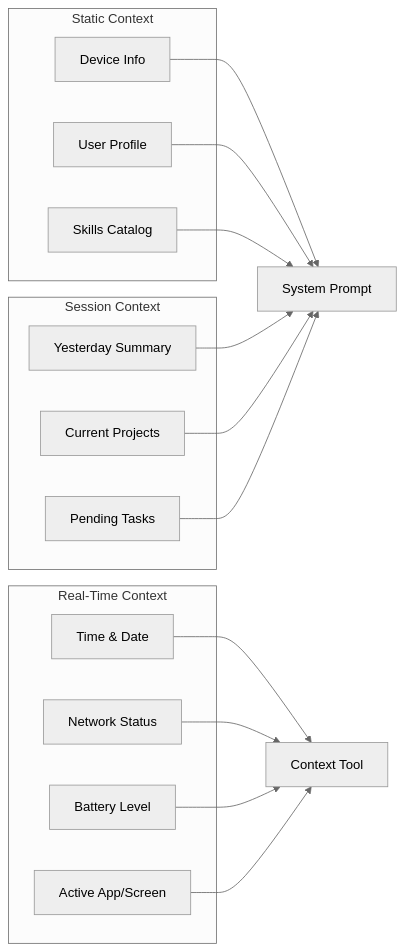
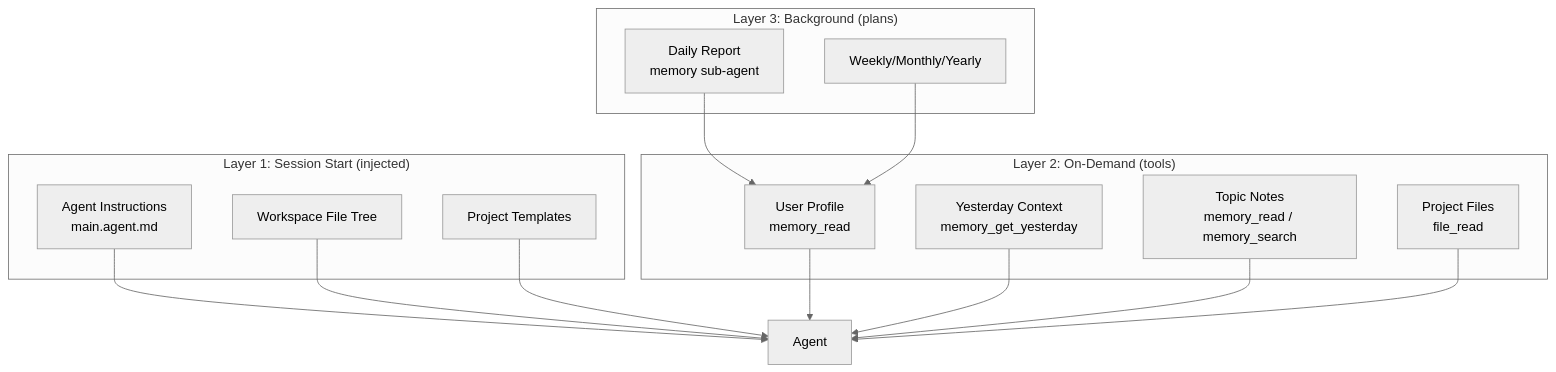
Before and after one commit to lalalic/neox: the first of 3 diagrams in docs/design-agent-context-awareness.md, drawn with Mermaid (neutral theme). The commit also changed other lines of this file and 1 other file, not shown here.

Commit message:
docs: rename to agent context awareness

````diff
--- a/docs/design-agent-context-awareness.md
+++ b/docs/design-agent-context-awareness.md
@@ -16,25 +9,30 @@
 ```mermaid
-flowchart LR
-    subgraph "Static Context"
-        A[Device Info]
-        B[User Profile]
-        C[Skills Catalog]
+flowchart TB
+    subgraph "Layer 1: Session Start (injected)"
+        A[Agent Instructions<br/>main.agent.md]
+        B[Workspace File Tree]
+        C[Project Templates]
     end
-    
-    subgraph "Session Context"
-        D[Yesterday Summary]
-        E[Current Projects]
-        F[Pending Tasks]
+
+    subgraph "Layer 2: On-Demand (tools)"
+        D[User Profile<br/>memory_read]
+        E[Yesterday Context<br/>memory_get_yesterday]
+        F[Topic Notes<br/>memory_read / memory_search]
+        G[Project Files<br/>file_read]
     end
-    
-    subgraph "Real-Time Context"
-        G[Time & Date]
-        H[Network Status]
-        I[Battery Level]
-        J[Active App/Screen]
+
+    subgraph "Layer 3: Background (plans)"
+        H[Daily Report<br/>memory sub-agent]
+        I[Weekly/Monthly/Yearly]
     end
-    
-    A & B & C --> K[System Prompt]
-    D & E & F --> K
-    G & H & I & J --> L[Context Tool]
+
+    A --> Agent
+    B --> Agent
+    C --> Agent
+    D --> Agent
+    E --> Agent
+    F --> Agent
+    G --> Agent
+    H --> D
+    I --> D
 ```
````
